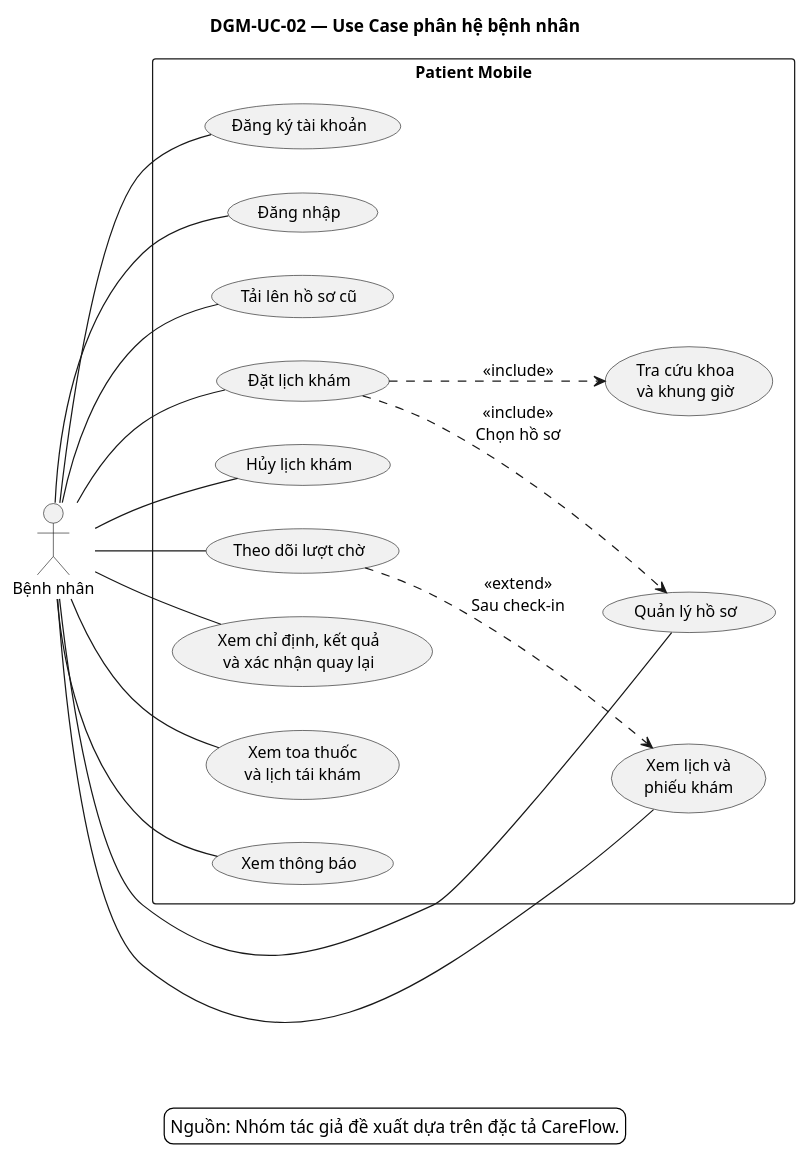
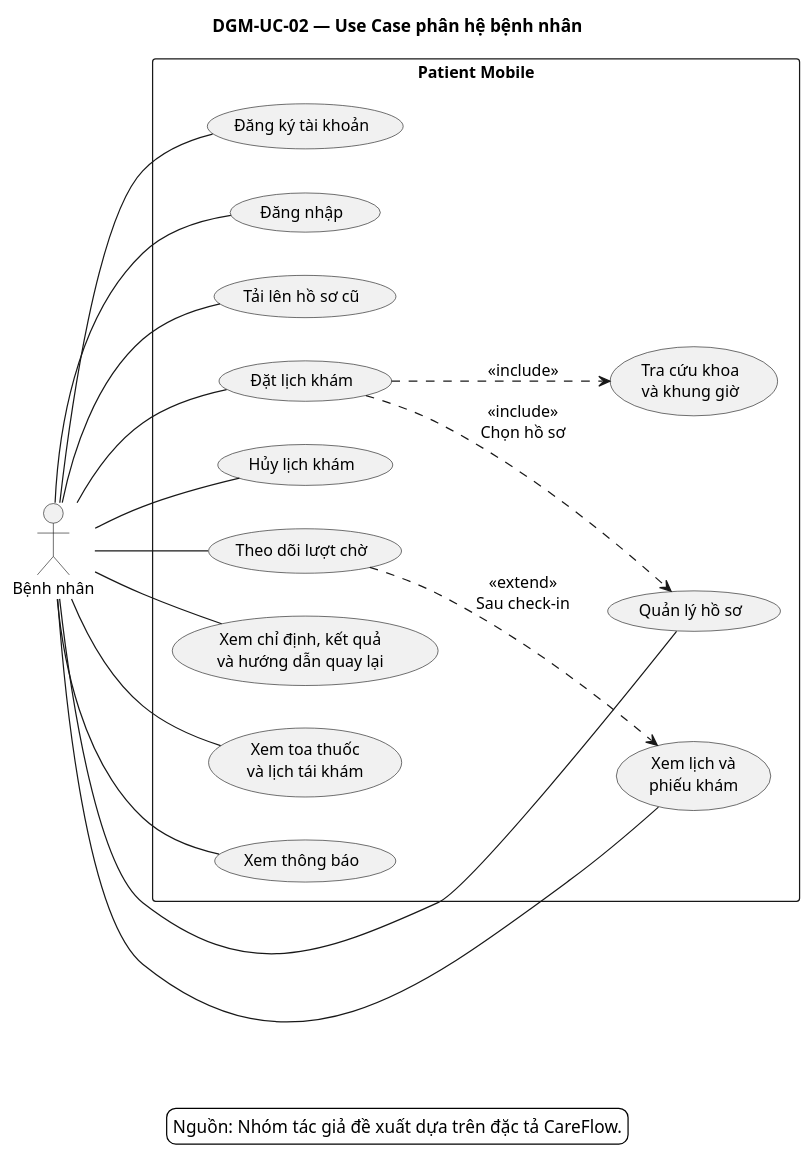
One commit to ntkhai268/careflow changed the diagram in docs/report/chapter-03/diagrams/use-case/dgm-uc-02-patient.puml. Above: the diagram before and after it, drawn with PlantUML. The commit also changed 11 other files, not shown here.

```diff
--- a/docs/report/chapter-03/diagrams/use-case/dgm-uc-02-patient.puml
+++ b/docs/report/chapter-03/diagrams/use-case/dgm-uc-02-patient.puml
@@ -1,46 +1,46 @@
 @startuml
 title DGM-UC-02 — Use Case phân hệ bệnh nhân
 
 left to right direction
 skinparam backgroundColor white
 skinparam shadowing false
 skinparam defaultFontName Arial
 skinparam defaultFontSize 13
 
 actor "Bệnh nhân" as Patient
 
 rectangle "Patient Mobile" {
   usecase "Đăng ký tài khoản" as Register
   usecase "Đăng nhập" as Login
   usecase "Quản lý hồ sơ" as Profile
   usecase "Tải lên hồ sơ cũ" as Upload
   usecase "Tra cứu khoa\nvà khung giờ" as Slots
   usecase "Đặt lịch khám" as Book
   usecase "Xem lịch và\nphiếu khám" as ViewTicket
   usecase "Hủy lịch khám" as Cancel
   usecase "Theo dõi lượt chờ" as TrackQueue
-  usecase "Xem chỉ định, kết quả\nvà xác nhận quay lại" as ViewResult
+  usecase "Xem chỉ định, kết quả\nvà hướng dẫn quay lại" as ViewResult
   usecase "Xem toa thuốc\nvà lịch tái khám" as ViewOutcome
   usecase "Xem thông báo" as Notification
 }
 
 Patient -- Register
 Patient -- Login
 Patient -- Profile
 Patient -- Upload
 Patient -- Book
 Patient -- ViewTicket
 Patient -- Cancel
 Patient -- TrackQueue
 Patient -- ViewResult
 Patient -- ViewOutcome
 Patient -- Notification
 
 Book ..> Slots : <<include>>
 Book ..> Profile : <<include>>\nChọn hồ sơ
 TrackQueue ..> ViewTicket : <<extend>>\nSau check-in
 
 legend bottom
   Nguồn: Nhóm tác giả đề xuất dựa trên đặc tả CareFlow.
 endlegend
 @enduml
```
